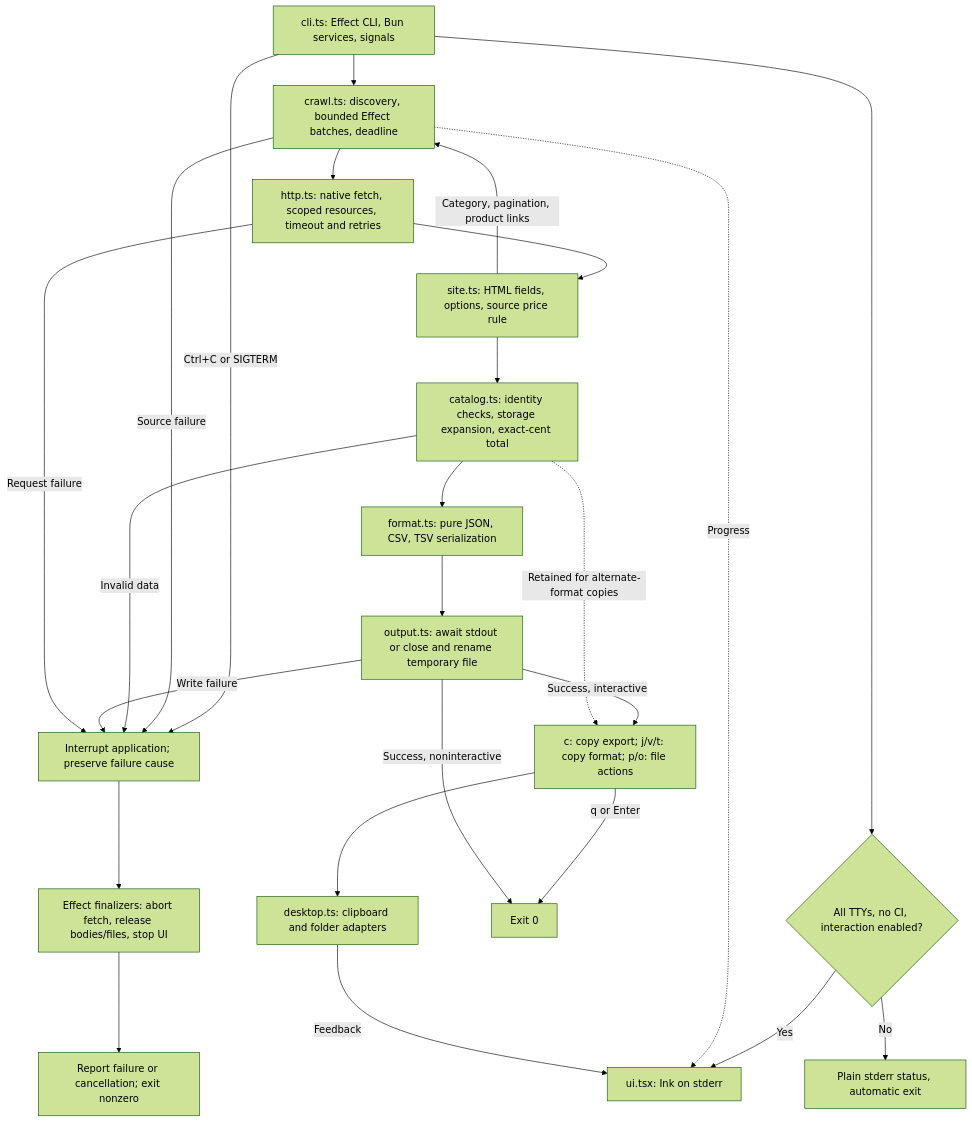
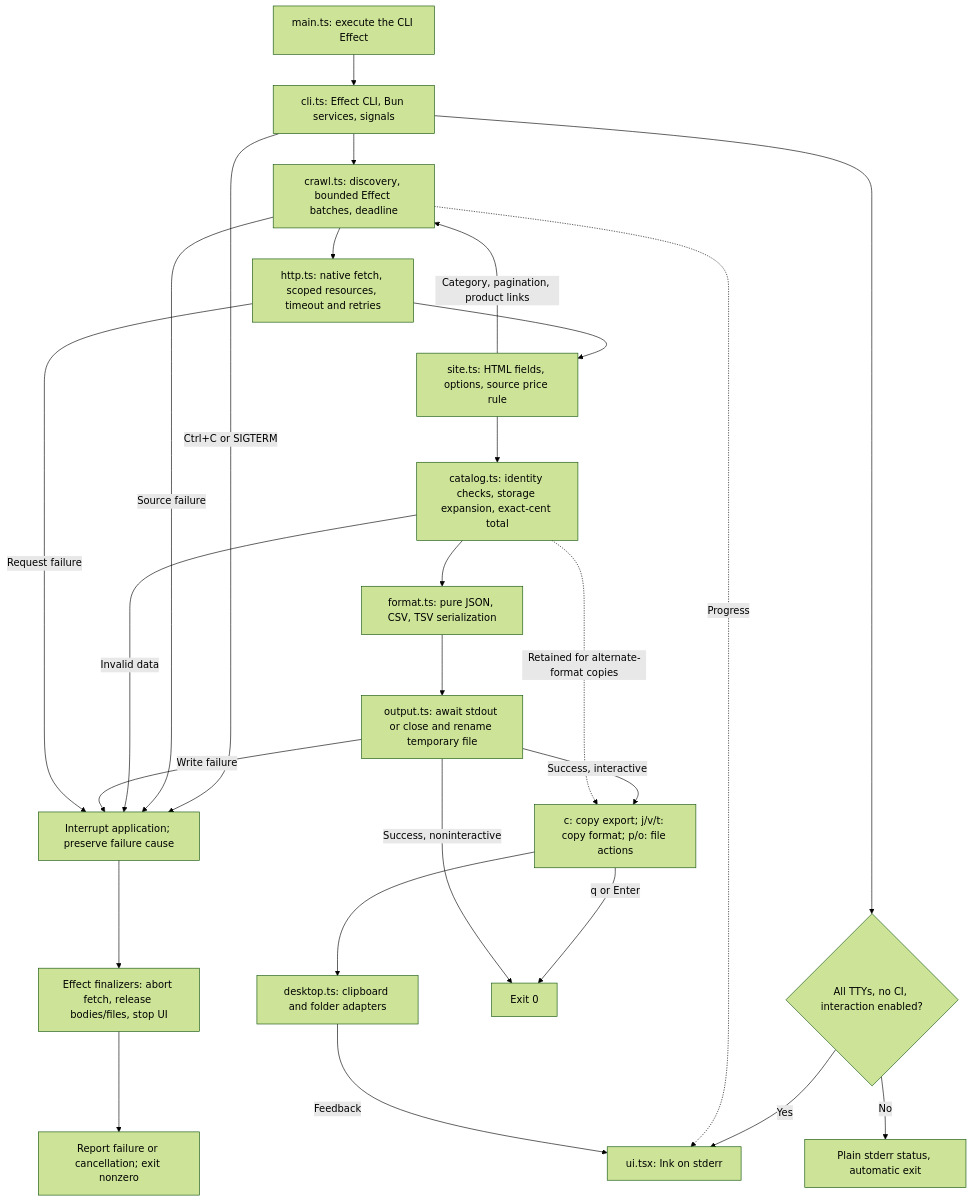
Before and after one commit to exsesx/natter-scraper: the diagram in ARCHITECTURE.md, drawn with Mermaid (forest theme). The commit also changed 8 other files, not shown here.

````diff
--- a/ARCHITECTURE.md
+++ b/ARCHITECTURE.md
@@ -3,27 +3,28 @@
 ```mermaid
 flowchart TD
+    ENTRY["main.ts: execute the CLI Effect"] --> CLI
     CLI["cli.ts: Effect CLI, Bun services, signals"] --> CRAWL["crawl.ts: discovery, bounded Effect batches, deadline"]
     CRAWL --> HTTP["http.ts: native fetch, scoped resources, timeout and retries"]
     HTTP --> PARSE["site.ts: HTML fields, options, source price rule"]
     PARSE -->|"Category, pagination, product links"| CRAWL
     PARSE --> CATALOG["catalog.ts: identity checks, storage expansion, exact-cent total"]
     CATALOG --> FORMAT["format.ts: pure JSON, CSV, TSV serialization"]
     FORMAT --> OUTPUT["output.ts: await stdout or close and rename temporary file"]
     CLI --> MODE{"All TTYs, no CI, interaction enabled?"}
     MODE -->|"Yes"| UI["ui.tsx: Ink on stderr"]
     MODE -->|"No"| PLAIN["Plain stderr status, automatic exit"]
     CRAWL -.->|"Progress"| UI
     OUTPUT -->|"Success, interactive"| ACTIONS["c: copy export; j/v/t: copy format; p/o: file actions"]
     CATALOG -.->|"Retained for alternate-format copies"| ACTIONS
     ACTIONS --> DESKTOP["desktop.ts: clipboard and folder adapters"]
     DESKTOP -->|"Feedback"| UI
     ACTIONS -->|"q or Enter"| EXIT["Exit 0"]
     OUTPUT -->|"Success, noninteractive"| EXIT
     CLI -->|"Ctrl+C or SIGTERM"| CLEANUP["Interrupt application; preserve failure cause"]
     CRAWL -->|"Source failure"| CLEANUP
     CATALOG -->|"Invalid data"| CLEANUP
     OUTPUT -->|"Write failure"| CLEANUP
     HTTP -->|"Request failure"| CLEANUP
     CLEANUP --> FINALIZE["Effect finalizers: abort fetch, release bodies/files, stop UI"]
     FINALIZE --> FAILED["Report failure or cancellation; exit nonzero"]
 ```
````
